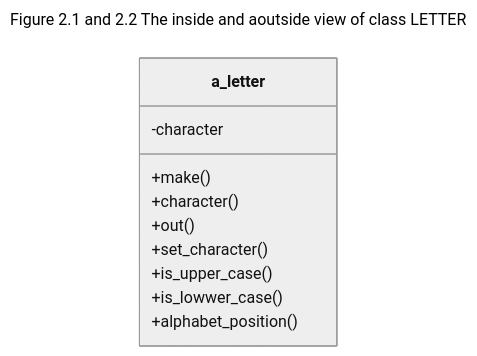
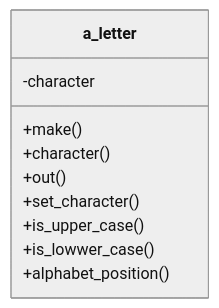
Before and after one commit to elviejo79/literate_pro_for_beeminder: the diagram in docs/2_Objects_and_Classes.md, drawn with Mermaid (neutral theme). The commit also changed other lines of this file and 1 other file, not shown here.

Commit message:
Added docsify-mermaid plugin, to display diagrams

````diff
--- a/docs/2_Objects_and_Classes.md
+++ b/docs/2_Objects_and_Classes.md
@@ -522,16 +522,13 @@
 ```mermaid
----
-title: Figure 2.1 and 2.2 The inside and aoutside view of class LETTER
----
 classDiagram
 class a_letter{
   +make()
   +character()
   +out()
   +set_character()
   +is_upper_case()
   +is_lowwer_case()
   +alphabet_position()
   -character
 }
 ```
````
